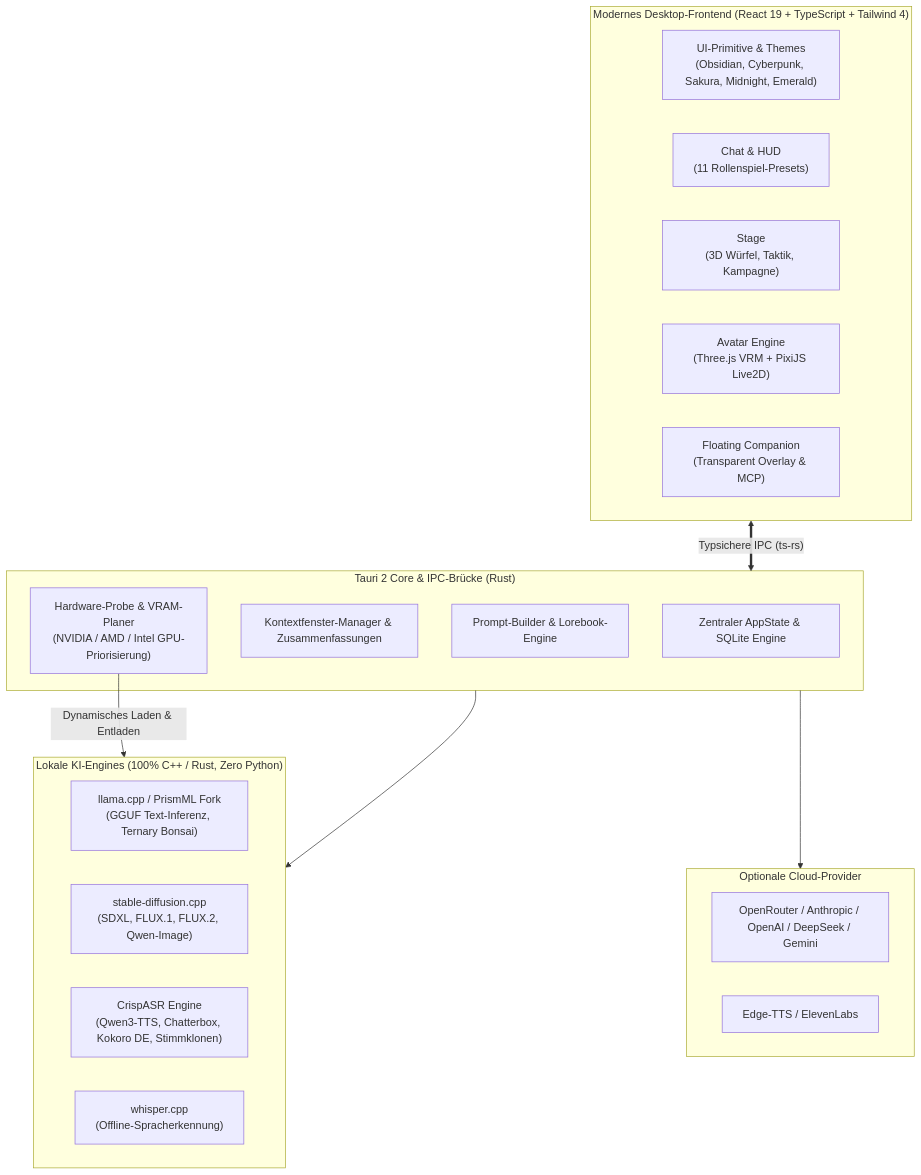
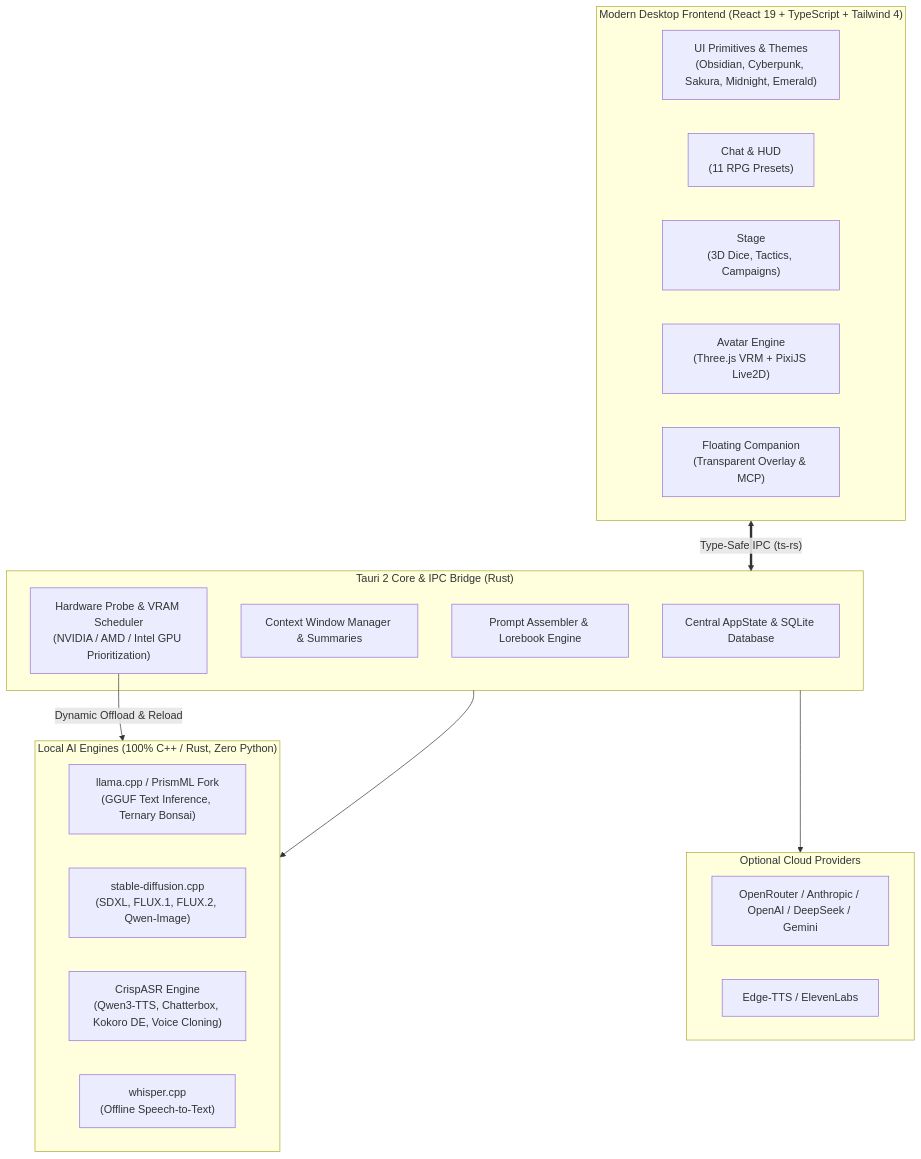
Before and after one commit to SnowwhiteOakheart/OtakuSoul: the first of 2 diagrams in README.md, drawn with Mermaid. The commit also changed other lines of this file and 2 other files, not shown here.

````diff
--- a/README.md
+++ b/README.md
@@ -157,34 +160,34 @@
 ```mermaid
 flowchart TD
-    subgraph Frontend["Modernes Desktop-Frontend (React 19 + TypeScript + Tailwind 4)"]
-        UI["UI-Primitive & Themes\n(Obsidian, Cyberpunk, Sakura, Midnight, Emerald)"]
-        ChatUI["Chat & HUD\n(11 Rollenspiel-Presets)"]
-        StageUI["Stage\n(3D Würfel, Taktik, Kampagne)"]
+    subgraph Frontend["Modern Desktop Frontend (React 19 + TypeScript + Tailwind 4)"]
+        UI["UI Primitives & Themes\n(Obsidian, Cyberpunk, Sakura, Midnight, Emerald)"]
+        ChatUI["Chat & HUD\n(11 RPG Presets)"]
+        StageUI["Stage\n(3D Dice, Tactics, Campaigns)"]
         AvatarUI["Avatar Engine\n(Three.js VRM + PixiJS Live2D)"]
         CompanionUI["Floating Companion\n(Transparent Overlay & MCP)"]
     end
 
-    subgraph TauriCore["Tauri 2 Core & IPC-Brücke (Rust)"]
-        State["Zentraler AppState & SQLite Engine"]
-        ContextMgr["Kontextfenster-Manager & Zusammenfassungen"]
-        PromptBuilder["Prompt-Builder & Lorebook-Engine"]
-        HardwareSched["Hardware-Probe & VRAM-Planer\n(NVIDIA / AMD / Intel GPU-Priorisierung)"]
+    subgraph TauriCore["Tauri 2 Core & IPC Bridge (Rust)"]
+        State["Central AppState & SQLite Database"]
+        ContextMgr["Context Window Manager & Summaries"]
+        PromptBuilder["Prompt Assembler & Lorebook Engine"]
+        HardwareSched["Hardware Probe & VRAM Scheduler\n(NVIDIA / AMD / Intel GPU Prioritization)"]
     end
 
-    subgraph LocalEngines["Lokale KI-Engines (100% C++ / Rust, Zero Python)"]
-        Llama["llama.cpp / PrismML Fork\n(GGUF Text-Inferenz, Ternary Bonsai)"]
+    subgraph LocalEngines["Local AI Engines (100% C++ / Rust, Zero Python)"]
+        Llama["llama.cpp / PrismML Fork\n(GGUF Text Inference, Ternary Bonsai)"]
         SD["stable-diffusion.cpp\n(SDXL, FLUX.1, FLUX.2, Qwen-Image)"]
-        Crisp["CrispASR Engine\n(Qwen3-TTS, Chatterbox, Kokoro DE, Stimmklonen)"]
-        Whisper["whisper.cpp\n(Offline-Spracherkennung)"]
+        Crisp["CrispASR Engine\n(Qwen3-TTS, Chatterbox, Kokoro DE, Voice Cloning)"]
+        Whisper["whisper.cpp\n(Offline Speech-to-Text)"]
     end
 
-    subgraph CloudGateways["Optionale Cloud-Provider"]
+    subgraph CloudGateways["Optional Cloud Providers"]
         CloudLLM["OpenRouter / Anthropic / OpenAI / DeepSeek / Gemini"]
         CloudTTS["Edge-TTS / ElevenLabs"]
     end
 
-    Frontend <==>|"Typsichere IPC (ts-rs)"| TauriCore
-    HardwareSched -->|"Dynamisches Laden & Entladen"| LocalEngines
+    Frontend <==>|"Type-Safe IPC (ts-rs)"| TauriCore
+    HardwareSched -->|"Dynamic Offload & Reload"| LocalEngines
     TauriCore --> LocalEngines
     TauriCore --> CloudGateways
 ```
````
